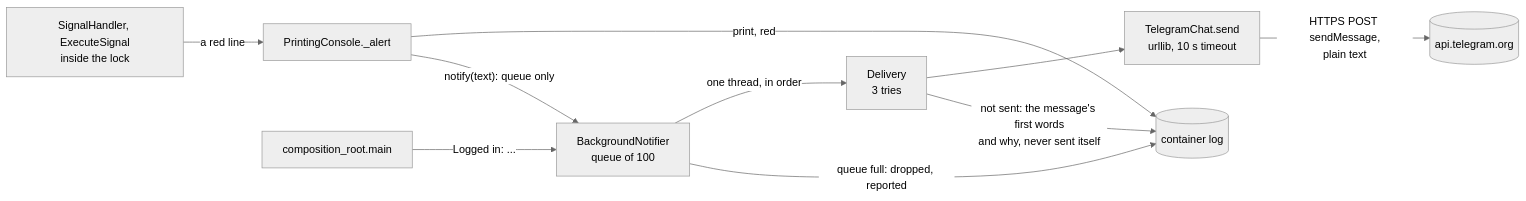
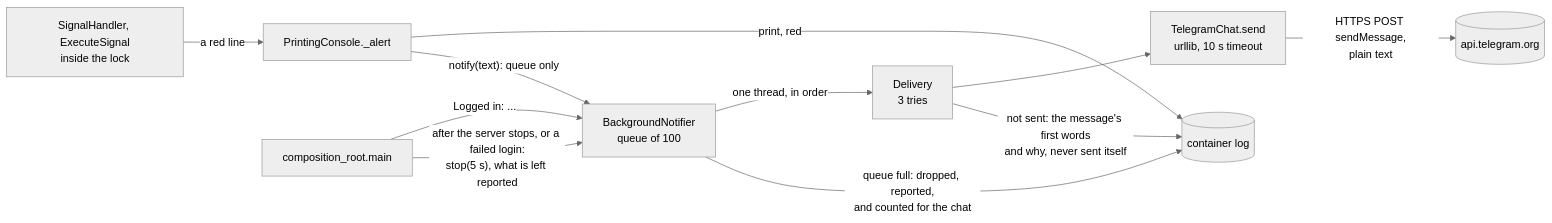
Before and after one commit to Akinzou/TradeLockerBot: the diagram in docs/adr/0027-send-the-red-lines-to-telegram.md, drawn with Mermaid (neutral theme). The commit also changed other lines of this file and 3 other files, not shown here.

Commit message:
docs: the review fixes for step 6o in ADR 0027, the README and the architecture

````diff
--- a/docs/adr/0027-send-the-red-lines-to-telegram.md
+++ b/docs/adr/0027-send-the-red-lines-to-telegram.md
@@ -48,12 +51,13 @@
 ```mermaid
 flowchart LR
     SH[SignalHandler, ExecuteSignal<br/>inside the lock] -- "a red line" --> PC[PrintingConsole._alert]
     CR[composition_root.main] -- "Logged in: ..." --> N
     PC -- "print, red" --> LOG[(container log)]
     PC -- "notify(text): queue only" --> N[BackgroundNotifier<br/>queue of 100]
     N -- "one thread, in order" --> D[Delivery<br/>3 tries]
     D --> TC[TelegramChat.send<br/>urllib, 10 s timeout]
     TC -- "HTTPS POST sendMessage,<br/>plain text" --> TG[(api.telegram.org)]
     D -- "not sent: the message's first words<br/>and why, never sent itself" --> LOG
-    N -- "queue full: dropped, reported" --> LOG
+    N -- "queue full: dropped, reported,<br/>and counted for the chat" --> LOG
+    CR -- "after the server stops, or a failed login:<br/>stop(5 s), what is left reported" --> N
 ```
````
